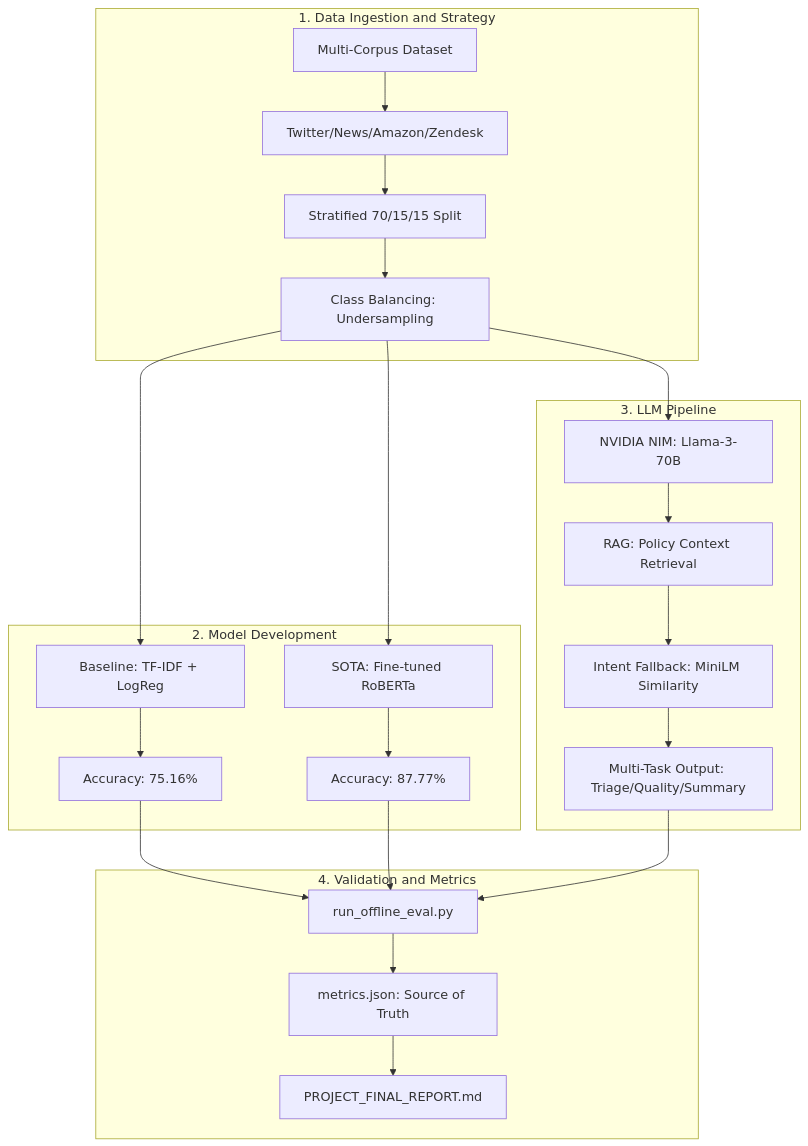
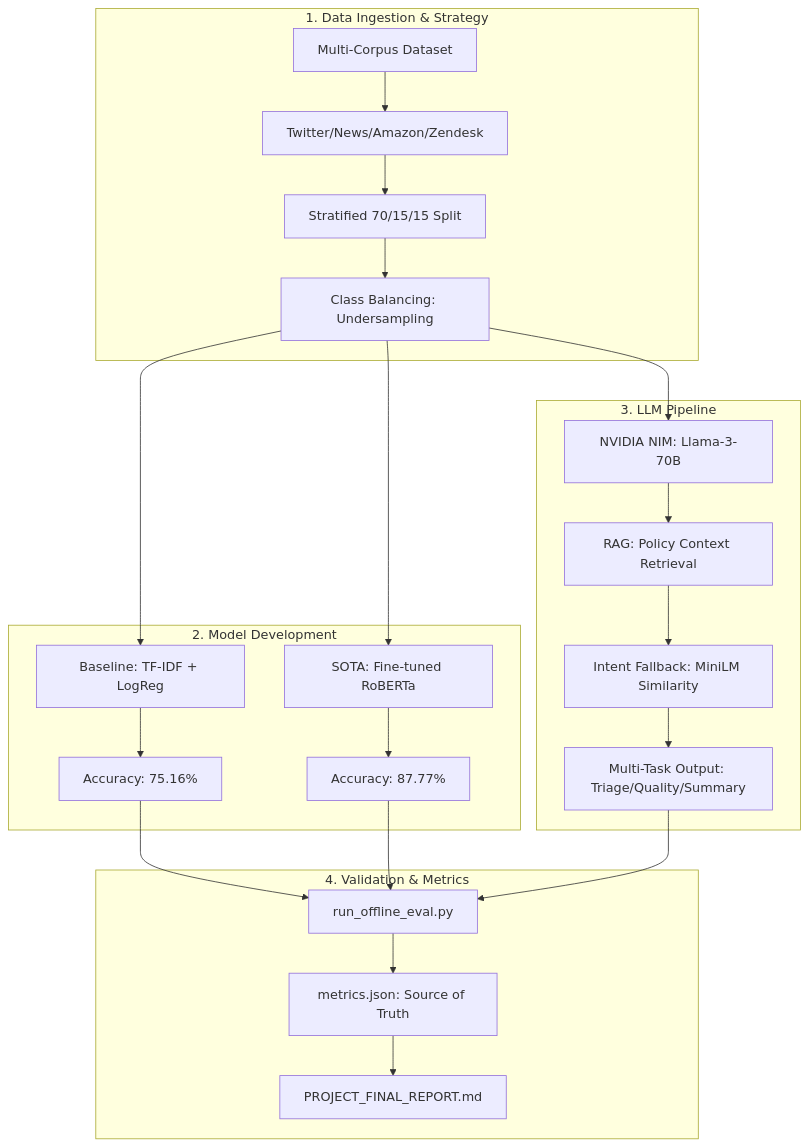
Before and after one commit to dev4-gpt/llm-assisted-customer-support: the diagram in PROJECT_FINAL_REPORT.md, drawn with Mermaid. The commit also changed other lines of this file, not shown here.

Commit message:
changes approved

````diff
--- a/PROJECT_FINAL_REPORT.md
+++ b/PROJECT_FINAL_REPORT.md
@@ -10,30 +10,28 @@
 ```mermaid
 graph TD
-    subgraph Data_Layer ["1. Data Ingestion and Strategy"]
-        A["Multi-Corpus Dataset"] --> B["Twitter/News/Amazon/Zendesk"]
-        B --> C["Stratified 70/15/15 Split"]
-        C --> D["Class Balancing: Undersampling"]
+    subgraph Data_Layer [1. Data Ingestion & Strategy]
+        A[Multi-Corpus Dataset] --> B[Twitter/News/Amazon/Zendesk]
+        B --> C[Stratified 70/15/15 Split]
+        C --> D[Class Balancing: Undersampling]
     end
 
-    subgraph Experimental_Layer ["2. Model Development"]
-        D --> E["Baseline: TF-IDF + LogReg"]
-        D --> F["SOTA: Fine-tuned RoBERTa"]
-        E --> G["Accuracy: 75.16%"]
-        F --> H["Accuracy: 87.77%"]
+    subgraph Experimental_Layer [2. Model Development]
+        D --> E[Baseline: TF-IDF + LogReg]
+        D --> F[SOTA: Fine-tuned RoBERTa]
+        E --> G[Accuracy: 75.16%]
+        F --> H[Accuracy: 87.77%]
     end
 
-    subgraph Production_Layer ["3. LLM Pipeline"]
-        D --> I["NVIDIA NIM: Llama-3-70B"]
-        I --> J["RAG: Policy Context Retrieval"]
-        J --> K["Intent Fallback: MiniLM Similarity"]
-        K --> L["Multi-Task Output: Triage/Quality/Summary"]
+    subgraph Production_Layer [3. LLM Pipeline]
+        D --> I[NVIDIA NIM: Llama-3-70B]
+        I --> J[RAG: Policy Context Retrieval]
+        J --> K[Intent Fallback: MiniLM Similarity]
+        K --> L[Multi-Task Output: Triage/Quality/Summary]
     end
 
-    subgraph Evaluation_Layer ["4. Validation and Metrics"]
-        G --> M["run_offline_eval.py"]
-        H --> M
-        L --> M
-        M --> N["metrics.json: Source of Truth"]
-        N --> O["PROJECT_FINAL_REPORT.md"]
+    subgraph Evaluation_Layer [4. Validation & Metrics]
+        G & H & L --> M[run_offline_eval.py]
+        M --> N[metrics.json: Source of Truth]
+        N --> O[PROJECT_FINAL_REPORT.md]
     end
 ```
````
